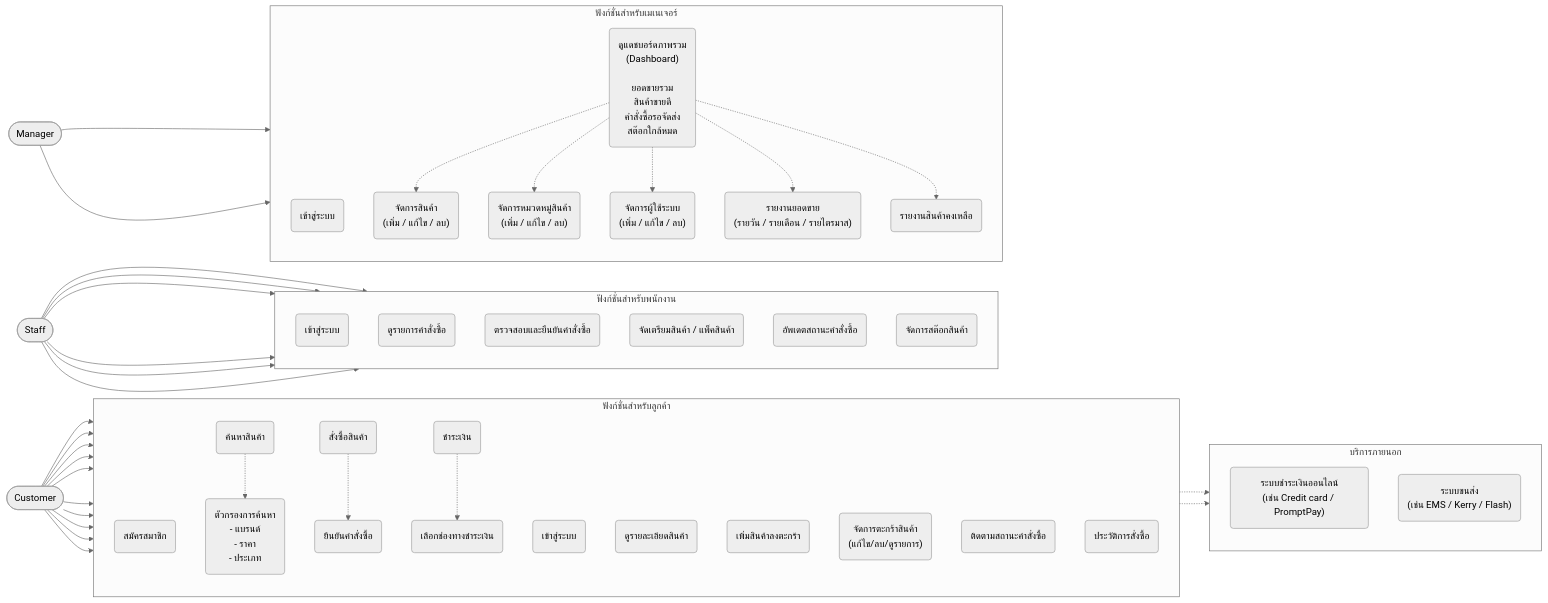
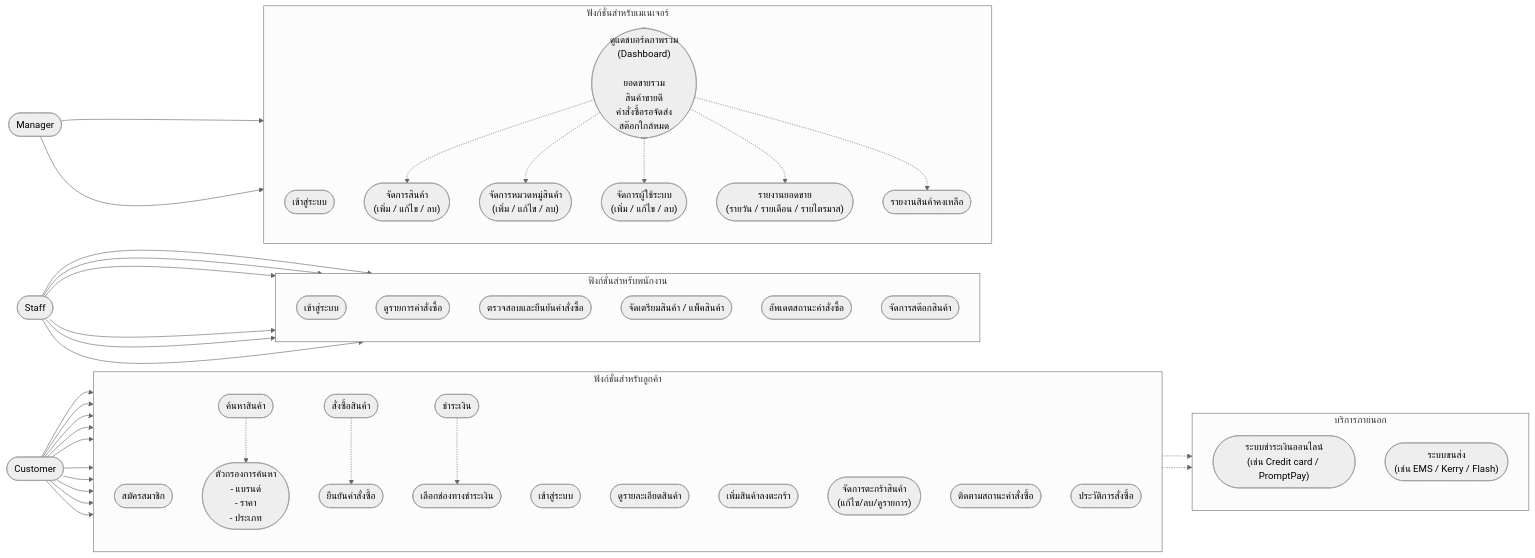
The first of 6 diagrams in README.md (KumPong/petshop), drawn with Mermaid (neutral theme) before and after one commit. The commit also changed 10 other files, not shown here.

````diff
--- a/README.md
+++ b/README.md
@@ -137,74 +137,74 @@
 ```mermaid
 flowchart LR
     %% Actors
     Customer([Customer])
     Staff([Staff])
     Manager([Manager])
 
     %% Customer Subgraph
     subgraph Customer_Functions [ฟังก์ชั่นสำหรับลูกค้า]
         direction TB
-        C1(สมัครสมาชิก)
-        C2(เข้าสู่ระบบ)
-        C3(ค้นหาสินค้า)
-        C4(ดูรายละเอียดสินค้า)
-        C5(เพิ่มสินค้าลงตะกร้า)
-        C6("จัดการตะกร้าสินค้า<br/>(แก้ไข/ลบ/ดูรายการ)")
-        C7(สั่งซื้อสินค้า)
-        C8(ชำระเงิน)
-        C9(ติดตามสถานะคำสั่งซื้อ)
-        C10(ประวัติการสั่งซื้อ)
+        C1([สมัครสมาชิก])
+        C2([เข้าสู่ระบบ])
+        C3([ค้นหาสินค้า])
+        C4([ดูรายละเอียดสินค้า])
+        C5([เพิ่มสินค้าลงตะกร้า])
+        C6(["จัดการตะกร้าสินค้า<br/>(แก้ไข/ลบ/ดูรายการ)"])
+        C7([สั่งซื้อสินค้า])
+        C8([ชำระเงิน])
+        C9([ติดตามสถานะคำสั่งซื้อ])
+        C10([ประวัติการสั่งซื้อ])
         
-        C_Ext1("ตัวกรองการค้นหา<br/>- แบรนด์<br/>- ราคา<br/>- ประเภท")
-        C_Ext2(ยืนยันคำสั่งซื้อ)
-        C_Ext3(เลือกช่องทางชำระเงิน)
+        C_Ext1(["ตัวกรองการค้นหา<br/>- แบรนด์<br/>- ราคา<br/>- ประเภท"])
+        C_Ext2([ยืนยันคำสั่งซื้อ])
+        C_Ext3([เลือกช่องทางชำระเงิน])
         
         C3 -.-> C_Ext1
         C7 -.-> C_Ext2
         C8 -.-> C_Ext3
     end
 
     %% External Services
     subgraph External_Services [บริการภายนอก]
         direction TB
-        E1("ระบบชำระเงินออนไลน์<br/>(เช่น Credit card / PromptPay)")
-        E2("ระบบขนส่ง<br/>(เช่น EMS / Kerry / Flash)")
+        E1(["ระบบชำระเงินออนไลน์<br/>(เช่น Credit card / PromptPay)"])
+        E2(["ระบบขนส่ง<br/>(เช่น EMS / Kerry / Flash)"])
     end
         
     C8 -.-> E1
     C9 -.-> E2
 
     %% Staff Subgraph
     subgraph Staff_Functions [ฟังก์ชั่นสำหรับพนักงาน]
         direction TB
-        S1(เข้าสู่ระบบ)
-        S2(ดูรายการคำสั่งซื้อ)
-        S3(ตรวจสอบและยืนยันคำสั่งซื้อ)
-        S4(จัดเตรียมสินค้า / แพ็คสินค้า)
-        S5(อัพเดตสถานะคำสั่งซื้อ)
-        S6(จัดการสต๊อกสินค้า)
+        S1([เข้าสู่ระบบ])
+        S2([ดูรายการคำสั่งซื้อ])
+        S3([ตรวจสอบและยืนยันคำสั่งซื้อ])
+        S4([จัดเตรียมสินค้า / แพ็คสินค้า])
+        S5([อัพเดตสถานะคำสั่งซื้อ])
+        S6([จัดการสต๊อกสินค้า])
     end
 
     %% Manager Subgraph
     subgraph Manager_Functions [ฟังก์ชั่นสำหรับเมเนเจอร์]
         direction TB
-        M0(เข้าสู่ระบบ)
-        M1("ดูแดชบอร์ดภาพรวม<br/>(Dashboard)<br/><br/>ยอดขายรวม<br/>สินค้าขายดี<br/>คำสั่งซื้อรอจัดส่ง<br/>สต๊อกใกล้หมด")
-        M2("จัดการสินค้า<br/>(เพิ่ม / แก้ไข / ลบ)")
-        M3("จัดการหมวดหมู่สินค้า<br/>(เพิ่ม / แก้ไข / ลบ)")
-        M4("จัดการผู้ใช้ระบบ<br/>(เพิ่ม / แก้ไข / ลบ)")
-        M5("รายงานยอดขาย<br/>(รายวัน / รายเดือน / รายไตรมาส)")
-        M6(รายงานสินค้าคงเหลือ)
+        M0([เข้าสู่ระบบ])
+        M1(["ดูแดชบอร์ดภาพรวม<br/>(Dashboard)<br/><br/>ยอดขายรวม<br/>สินค้าขายดี<br/>คำสั่งซื้อรอจัดส่ง<br/>สต๊อกใกล้หมด"])
+        M2(["จัดการสินค้า<br/>(เพิ่ม / แก้ไข / ลบ)"])
+        M3(["จัดการหมวดหมู่สินค้า<br/>(เพิ่ม / แก้ไข / ลบ)"])
+        M4(["จัดการผู้ใช้ระบบ<br/>(เพิ่ม / แก้ไข / ลบ)"])
+        M5(["รายงานยอดขาย<br/>(รายวัน / รายเดือน / รายไตรมาส)"])
+        M6([รายงานสินค้าคงเหลือ])
         
         M1 -.-> M2
         M1 -.-> M3
         M1 -.-> M4
         M1 -.-> M5
         M1 -.-> M6
     end
 
     %% Actor Connections
     Customer --> C1 & C2 & C3 & C4 & C5 & C6 & C7 & C8 & C9 & C10
     Staff --> S1 & S2 & S3 & S4 & S5 & S6
     Manager --> M1 & M0
 ```
````
